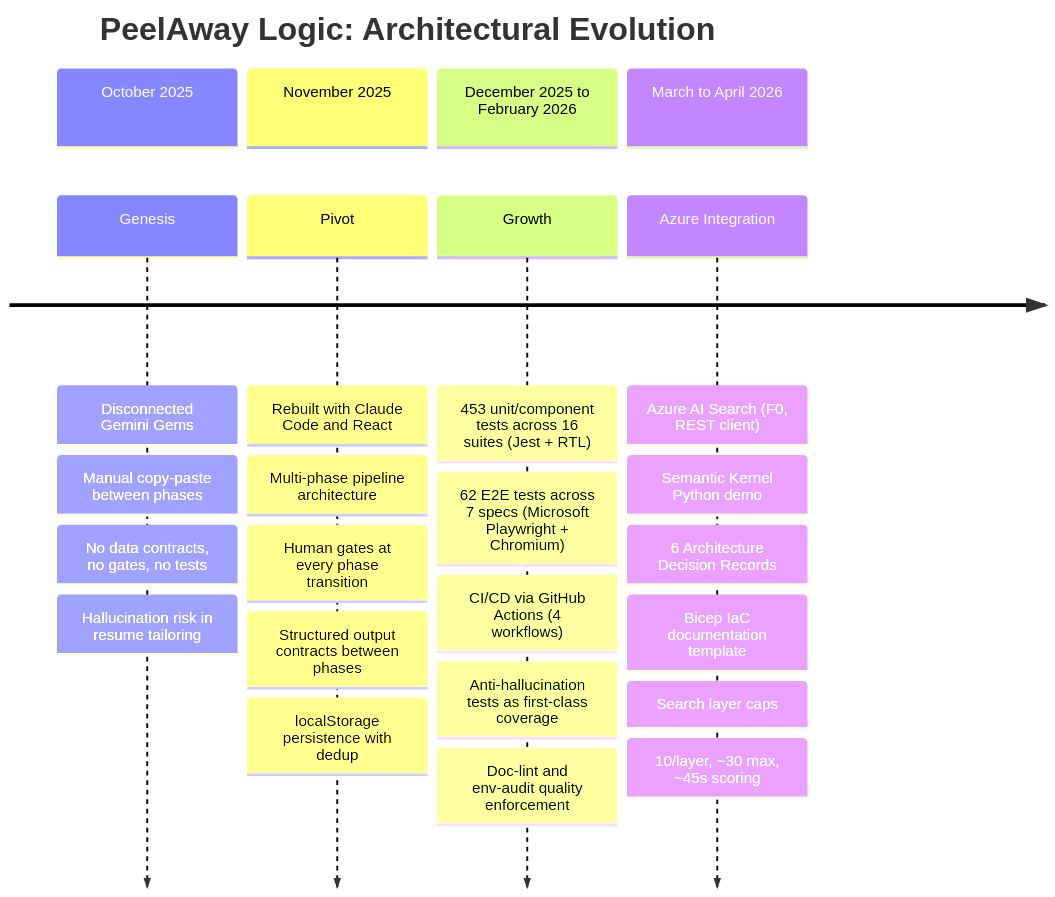
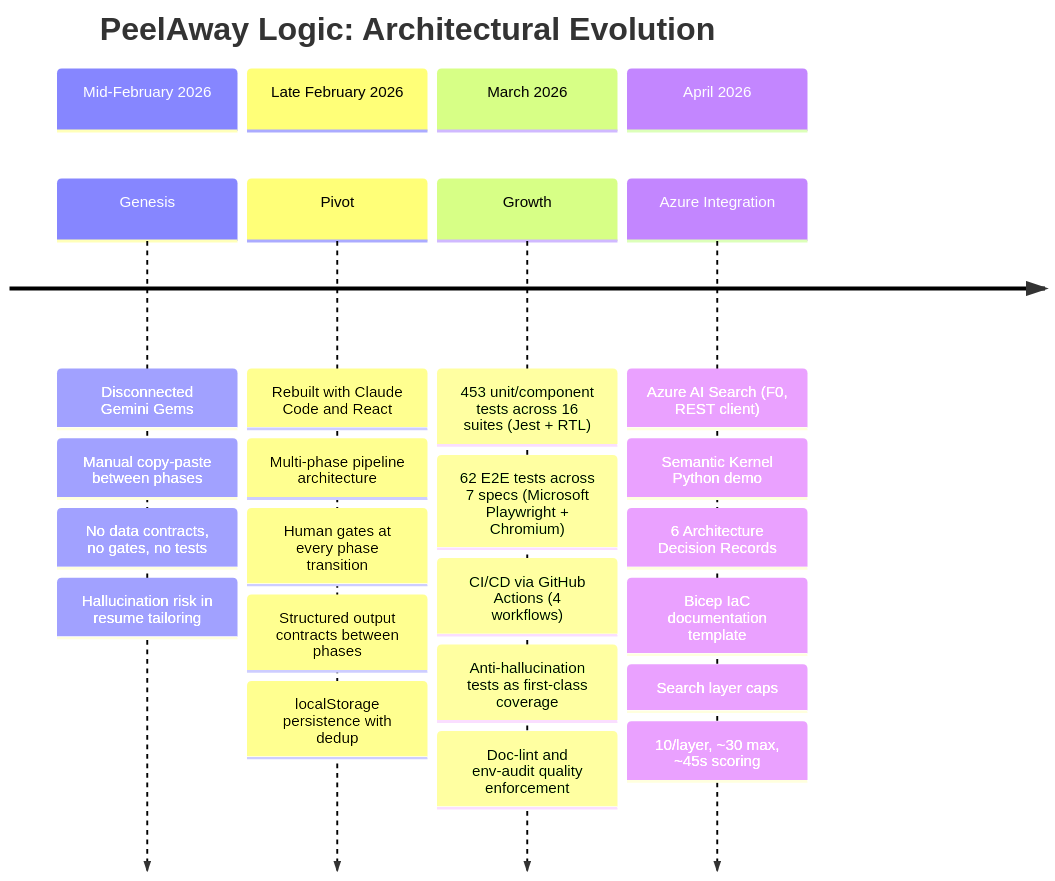
The fifth of 5 diagrams in peelaway-logic/docs/architecture/ARCHITECTURE.md (CarmenReed/AI-Claude-Code-Ecosystem), drawn with Mermaid before and after one commit. The commit also changed 2 other files, not shown here.

Commit message:
docs: correct project timeline to Feb-April 2026, remove interview question ref
PeelAway Logic started mid-February 2026, not October 2025. Updated
all timeline references across PROJECT_EVOLUTION, ARCHITECTURE, and
the Mermaid diagram. Removed interview question reference from Ch5.

````diff
--- a/peelaway-logic/docs/architecture/ARCHITECTURE.md
+++ b/peelaway-logic/docs/architecture/ARCHITECTURE.md
@@ -142,27 +142,27 @@
 ```mermaid
 timeline
     title PeelAway Logic: Architectural Evolution
-    section October 2025
+    section Mid-February 2026
         Genesis : Disconnected Gemini Gems
                 : Manual copy-paste between phases
                 : No data contracts, no gates, no tests
                 : Hallucination risk in resume tailoring
-    section November 2025
+    section Late February 2026
         Pivot : Rebuilt with Claude Code and React
               : Multi-phase pipeline architecture
               : Human gates at every phase transition
               : Structured output contracts between phases
               : localStorage persistence with dedup
-    section December 2025 to February 2026
+    section March 2026
         Growth : 453 unit/component tests across 16 suites (Jest + RTL)
                : 62 E2E tests across 7 specs (Microsoft Playwright + Chromium)
                : CI/CD via GitHub Actions (4 workflows)
                : Anti-hallucination tests as first-class coverage
                : Doc-lint and env-audit quality enforcement
-    section March to April 2026
+    section April 2026
         Azure Integration : Azure AI Search (F0, REST client)
                           : Semantic Kernel Python demo
                           : 6 Architecture Decision Records
                           : Bicep IaC documentation template
                           : Search layer caps: 10/layer, ~30 max, ~45s scoring
 ```
````
